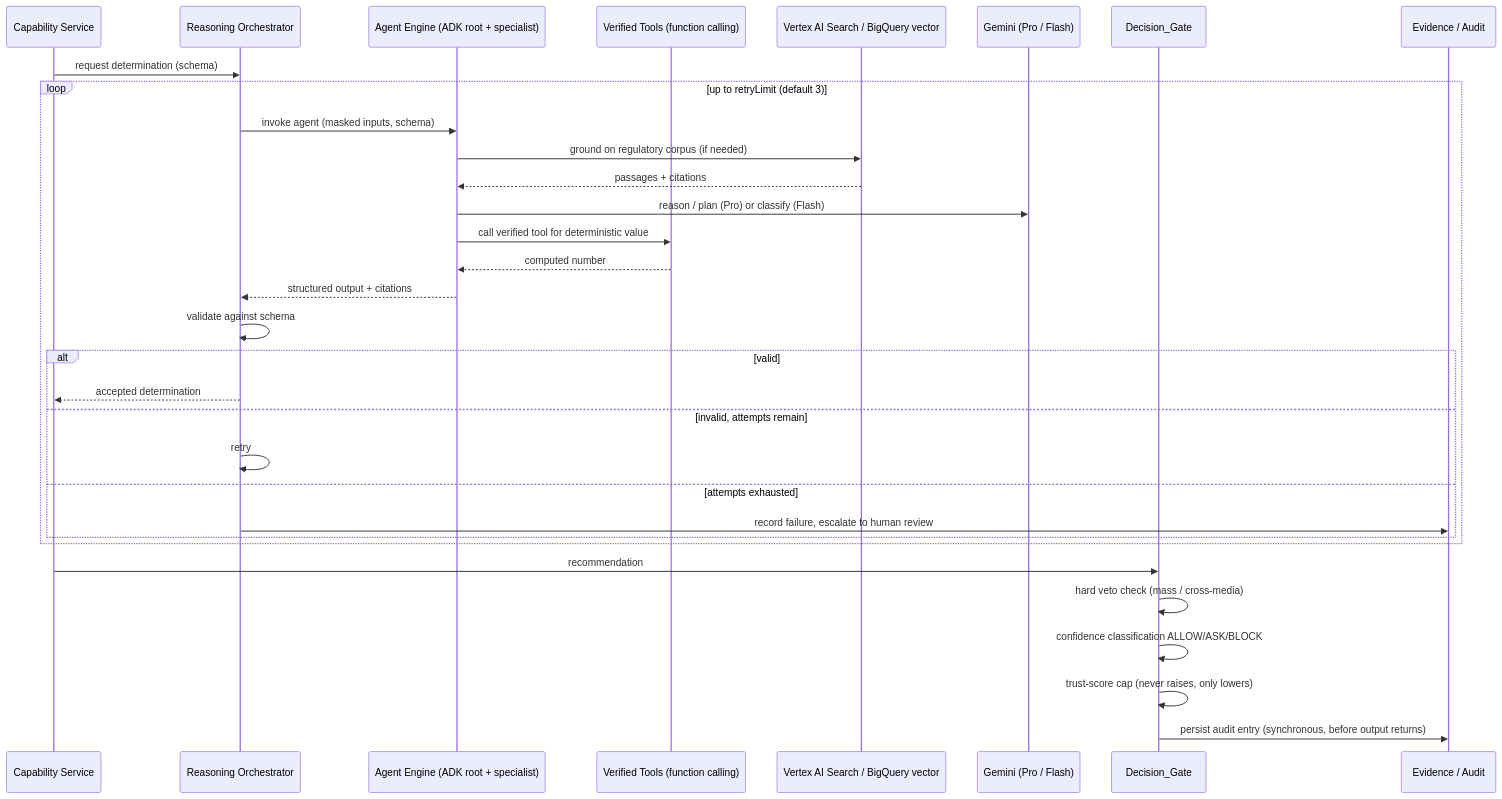
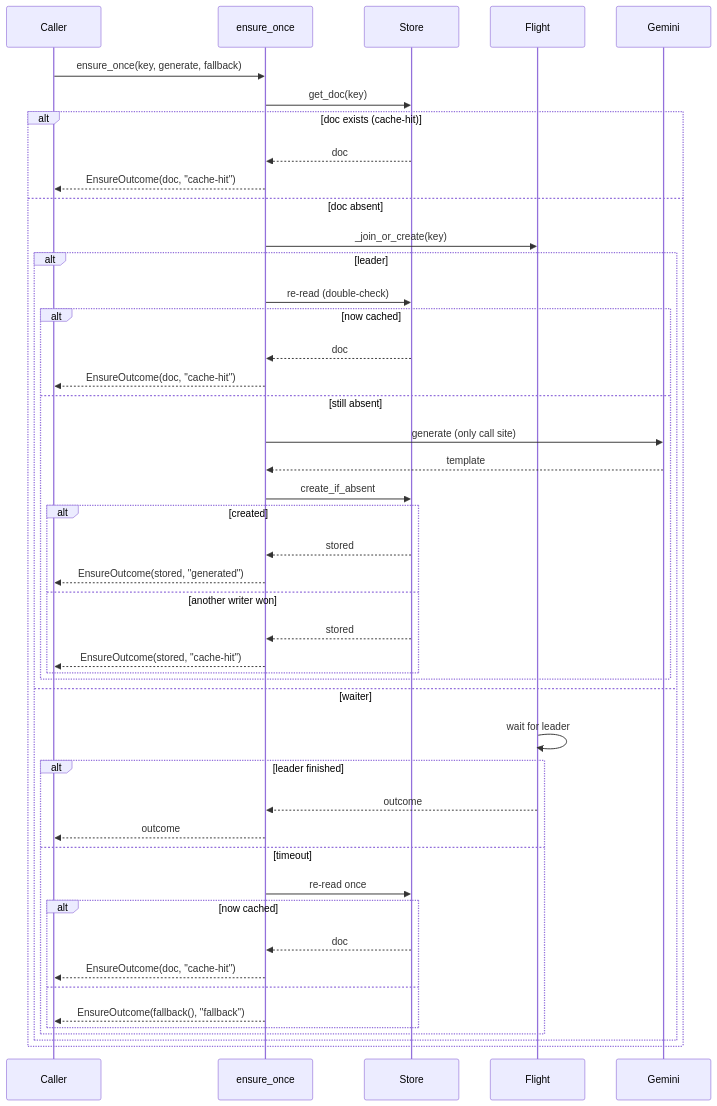
The fifth of 7 diagrams in README.md (rachitGupta-ai/TerraVow), drawn with Mermaid before and after one commit. The commit also changed other lines of this file and 22 other files, not shown here.

````diff
--- a/README.md
+++ b/README.md
@@ -241,35 +140,51 @@
 ```mermaid
 sequenceDiagram
-    participant C as Capability Service
-    participant A as Reasoning Orchestrator
-    participant AE as Agent Engine (ADK root + specialist)
-    participant T as Verified Tools (function calling)
-    participant S as Vertex AI Search / BigQuery vector
-    participant V as Gemini (Pro / Flash)
-    participant G as Decision_Gate
-    participant E as Evidence / Audit
-
-    C->>A: request determination (schema)
-    loop up to retryLimit (default 3)
-        A->>AE: invoke agent (masked inputs, schema)
-        AE->>S: ground on regulatory corpus (if needed)
-        S-->>AE: passages + citations
-        AE->>V: reason / plan (Pro) or classify (Flash)
-        AE->>T: call verified tool for deterministic value
-        T-->>AE: computed number
-        AE-->>A: structured output + citations
-        A->>A: validate against schema
-        alt valid
-            A-->>C: accepted determination
-        else invalid, attempts remain
-            A->>A: retry
-        else attempts exhausted
-            A->>E: record failure, escalate to human review
+    participant C as Caller
+    participant E as ensure_once
+    participant S as Store
+    participant F as Flight
+    participant G as Gemini
+    
+    C->>E: ensure_once(key, generate, fallback)
+    E->>S: get_doc(key)
+    
+    alt doc exists (cache-hit)
+        S-->>E: doc
+        E-->>C: EnsureOutcome(doc, "cache-hit")
+    else doc absent
+        E->>F: _join_or_create(key)
+        
+        alt leader
+            E->>S: re-read (double-check)
+            alt now cached
+                S-->>E: doc
+                E-->>C: EnsureOutcome(doc, "cache-hit")
+            else still absent
+                E->>G: generate (only call site)
+                G-->>E: template
+                E->>S: create_if_absent
+                alt created
+                    S-->>E: stored
+                    E-->>C: EnsureOutcome(stored, "generated")
+                else another writer won
+                    S-->>E: stored
+                    E-->>C: EnsureOutcome(stored, "cache-hit")
+                end
+            end
+        else waiter
+            F->>F: wait for leader
+            alt leader finished
+                F-->>E: outcome
+                E-->>C: outcome
+            else timeout
+                E->>S: re-read once
+                alt now cached
+                    S-->>E: doc
+                    E-->>C: EnsureOutcome(doc, "cache-hit")
+                else
+                    E-->>C: EnsureOutcome(fallback(), "fallback")
+                end
+            end
         end
     end
-    C->>G: recommendation
-    G->>G: hard veto check (mass / cross-media)
-    G->>G: confidence classification ALLOW/ASK/BLOCK
-    G->>G: trust-score cap (never raises, only lowers)
-    G->>E: persist audit entry (synchronous, before output returns)
 ```
````
